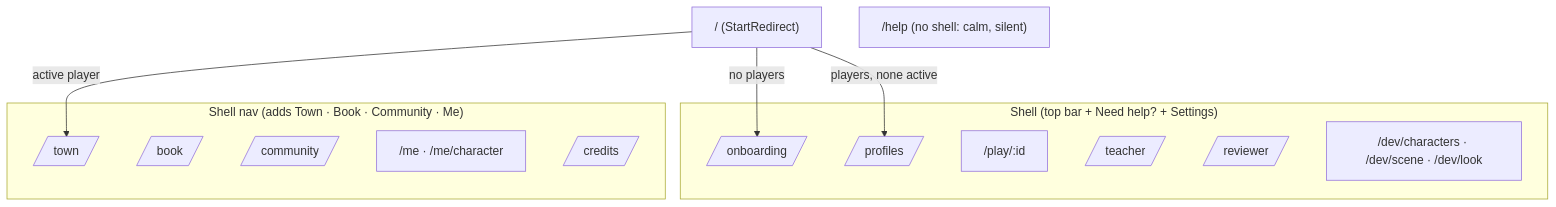
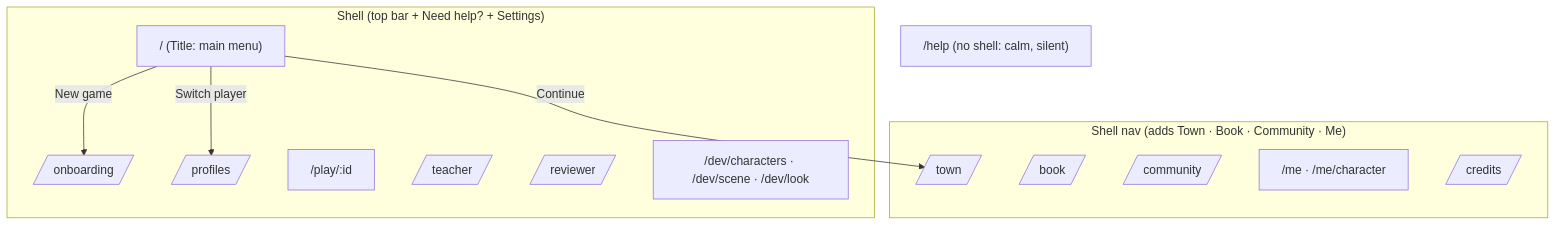
One commit to bhavyammisra/saksham changed the second of 3 diagrams in docs/ARCHITECTURE.md. Above: the diagram before and after it, drawn with Mermaid. The commit also changed other lines of this file and 33 other files, not shown here.

First line of the commit message:
P4: title menu, two-step new game and a modern character customiser (owner feedback)

````diff
--- a/docs/ARCHITECTURE.md
+++ b/docs/ARCHITECTURE.md
@@ -52,22 +52,23 @@
 ```mermaid
 flowchart TD
-  Root["/ (StartRedirect)"] -->|no players| Onb[/onboarding/]
-  Root -->|players, none active| Prof[/profiles/]
-  Root -->|active player| Town[/town/]
+  Root["/ (Title: main menu)"] -->|New game| Onb[/onboarding/]
+  Root -->|Switch player| Prof[/profiles/]
+  Root -->|Continue| Town[/town/]
   subgraph "Shell (top bar + Need help? + Settings)"
+    Root
     Onb
     Prof
     Play["/play/:id"]
     Teacher[/teacher/]
     Reviewer[/reviewer/]
     Dev["/dev/characters · /dev/scene · /dev/look"]
   end
   subgraph "Shell nav (adds Town · Book · Community · Me)"
     Town
     Book[/book/]
     Community[/community/]
     Me["/me · /me/character"]
     Credits[/credits/]
   end
   Help["/help (no shell: calm, silent)"]
 ```
````
